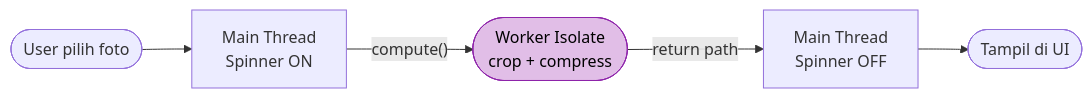
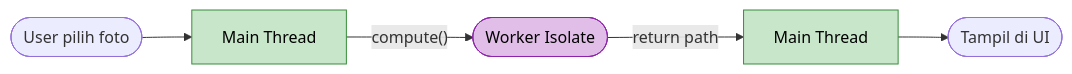
The third of 4 diagrams in docs/features/update_profile.md (nunutech40/news-app-flutter), drawn with Mermaid before and after one commit. The commit also changed other lines of this file, not shown here.

Commit message:
fix: replace \n with <br/> in flowchart labels for proper GitHub Mermaid rendering

````diff
--- a/docs/features/update_profile.md
+++ b/docs/features/update_profile.md
@@ -125,9 +125,11 @@
 ```mermaid
 flowchart LR
-    A([User pilih foto]) --> B["Main Thread\nSpinner ON"]
-    B -- "compute()" --> C(["Worker Isolate\ncrop + compress"])
-    C -- "return path" --> D["Main Thread\nSpinner OFF"]
+    A([User pilih foto]) --> B[Main Thread]
+    B -- "compute()" --> C([Worker Isolate])
+    C -- "return path" --> D[Main Thread]
     D --> E([Tampil di UI])
 
+    style B fill:#c8e6c9,stroke:#388e3c,color:#000
     style C fill:#e1bee7,stroke:#8e24aa,color:#000
+    style D fill:#c8e6c9,stroke:#388e3c,color:#000
 ```
````
